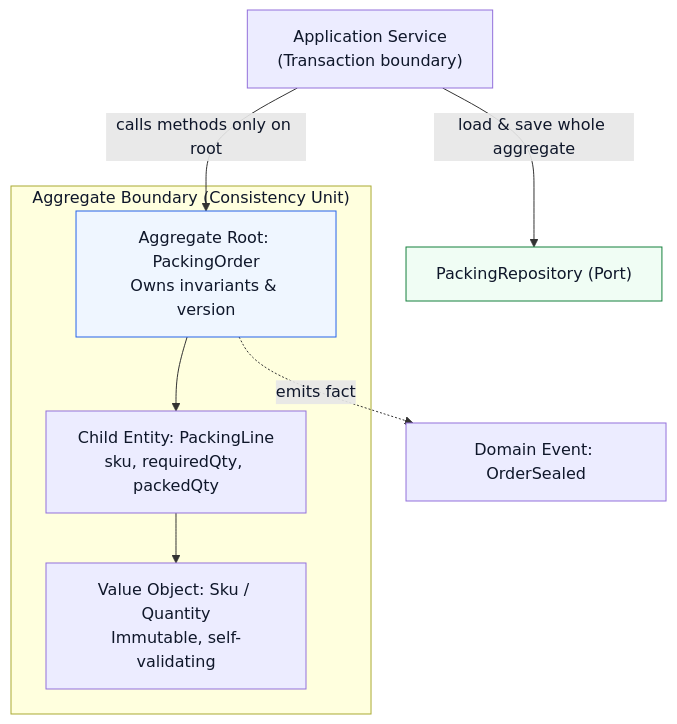
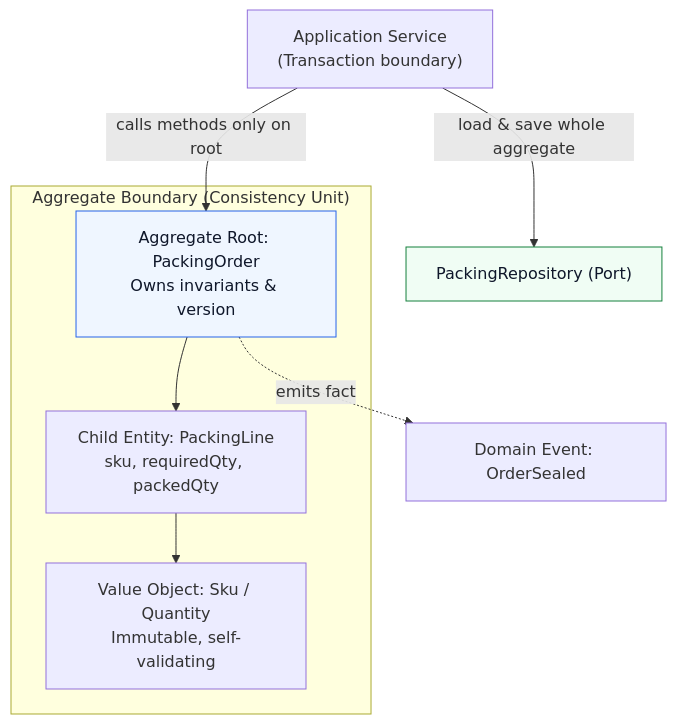
The fifth of 8 diagrams in software-design/repository-architecture-and-design-patterns.md (derricksaw/learning), drawn with Mermaid before and after one commit. The commit also changed other lines of this file, not shown here.

Commit message:
Fix Mermaid parse error and dark-mode contrast in repository architecture note

````diff
--- a/software-design/repository-architecture-and-design-patterns.md
+++ b/software-design/repository-architecture-and-design-patterns.md
@@ -272,18 +273,18 @@
 ```mermaid
 flowchart TB
     CALLER["Application Service<br/>(Transaction boundary)"] -->|calls methods only on root| ROOT
     subgraph AGG["Aggregate Boundary (Consistency Unit)"]
         ROOT["Aggregate Root: PackingOrder<br/>Owns invariants & version"]
         ENT["Child Entity: PackingLine<br/>sku, requiredQty, packedQty"]
         VO["Value Object: Sku / Quantity<br/>Immutable, self-validating"]
         ROOT --> ENT
         ENT --> VO
     end
     CALLER -->|load & save whole aggregate| REPO["PackingRepository (Port)"]
     ROOT -.->|emits fact| EVT["Domain Event: OrderSealed"]
 
-    classDef root fill:#eff6ff,stroke:#2563eb,color:#0f172a
-    classDef boundary fill:#f0fdf4,stroke:#15803d,color:#0f172a
-    class ROOT root
-    class REPO boundary
+    classDef aggRoot fill:#eff6ff,stroke:#2563eb,color:#0f172a
+    classDef portBox fill:#f0fdf4,stroke:#15803d,color:#0f172a
+    class ROOT aggRoot
+    class REPO portBox
 ```
````
